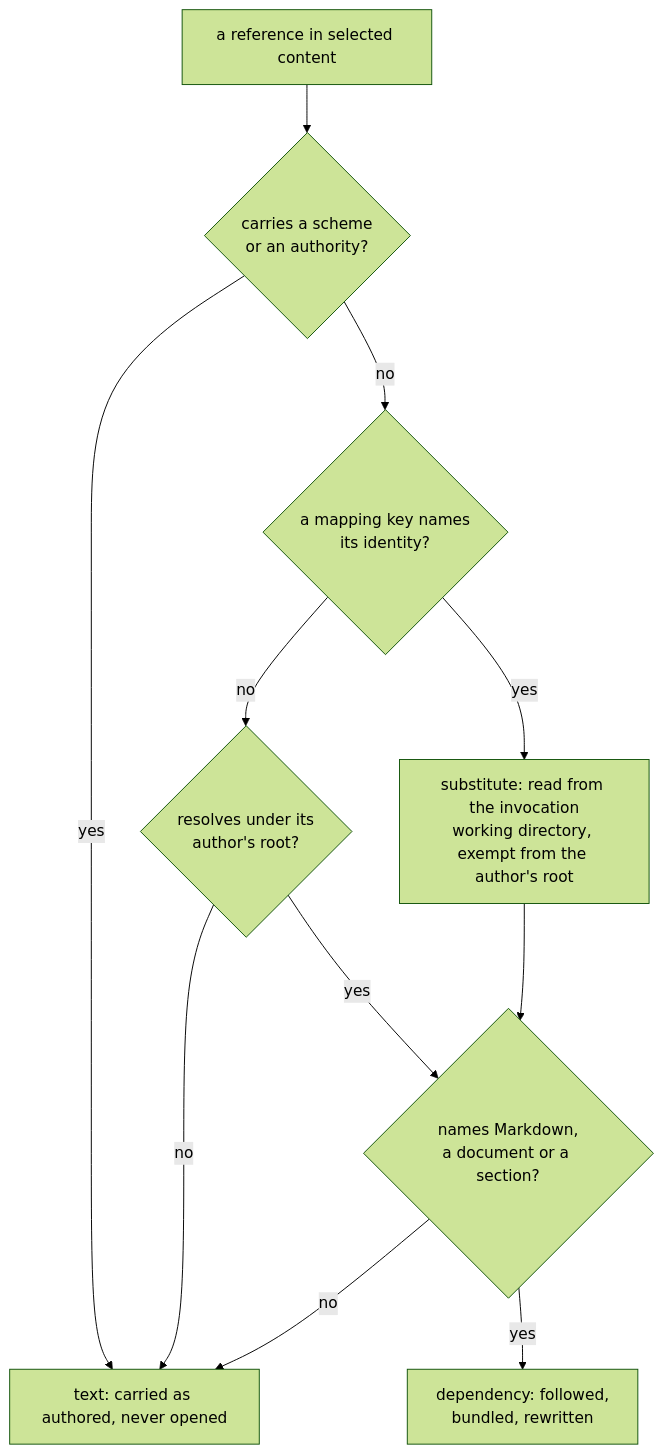
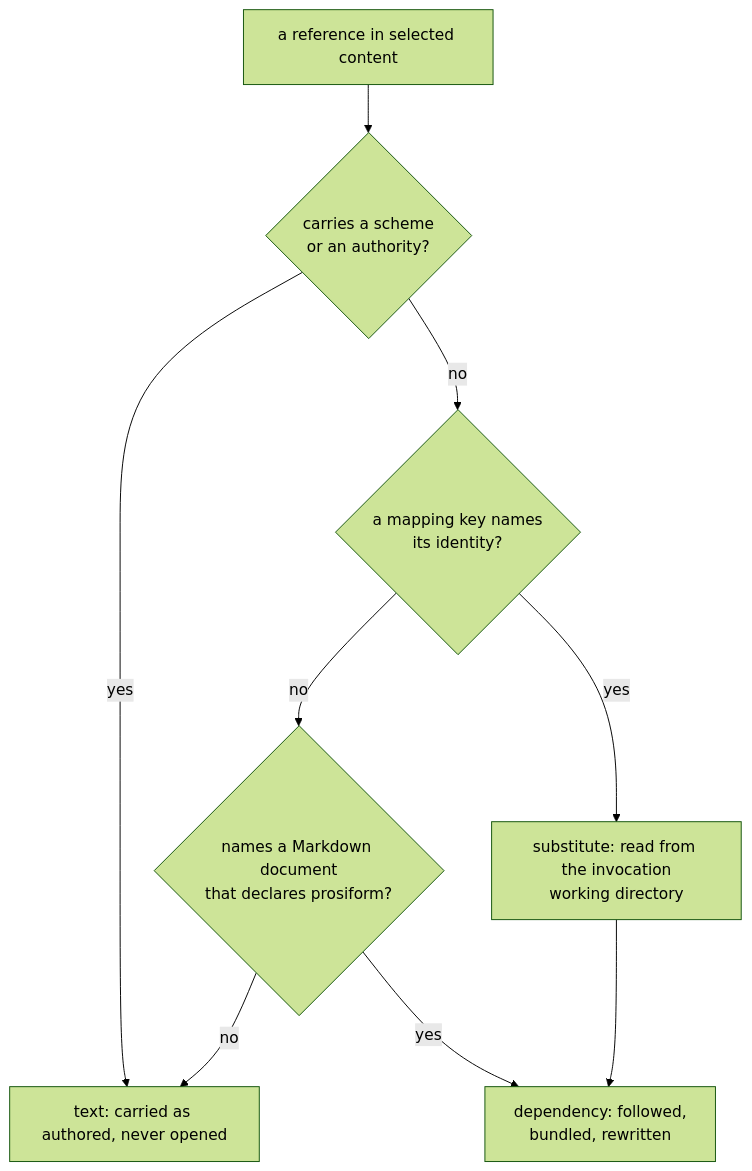
Before and after one commit to m2ux/prosiform: the first of 2 diagrams in docs/references.md, drawn with Mermaid (forest theme). The commit also changed other lines of this file and 13 other files, not shown here.

````diff
--- a/docs/references.md
+++ b/docs/references.md
@@ -36,13 +39,11 @@
 ```mermaid
 flowchart TD
   Ref["a reference in selected content"] --> Scheme{"carries a scheme<br/>or an authority?"}
   Scheme -- yes --> Text["text: carried as authored, never opened"]
   Scheme -- no --> Mapped{"a mapping key names<br/>its identity?"}
-  Mapped -- yes --> Sub["substitute: read from the invocation<br/>working directory, exempt from the author's root"]
-  Mapped -- no --> Root{"resolves under its<br/>author's root?"}
-  Root -- no --> Text
-  Root -- yes --> Kind{"names Markdown,<br/>a document or a section?"}
-  Kind -- no --> Text
-  Kind -- yes --> Dep["dependency: followed,<br/>bundled, rewritten"]
-  Sub --> Kind
+  Mapped -- yes --> Sub["substitute: read from the invocation<br/>working directory"]
+  Mapped -- no --> Declares{"names a Markdown document<br/>that declares prosiform?"}
+  Declares -- no --> Text
+  Declares -- yes --> Dep["dependency: followed,<br/>bundled, rewritten"]
+  Sub --> Dep
 ```
````
